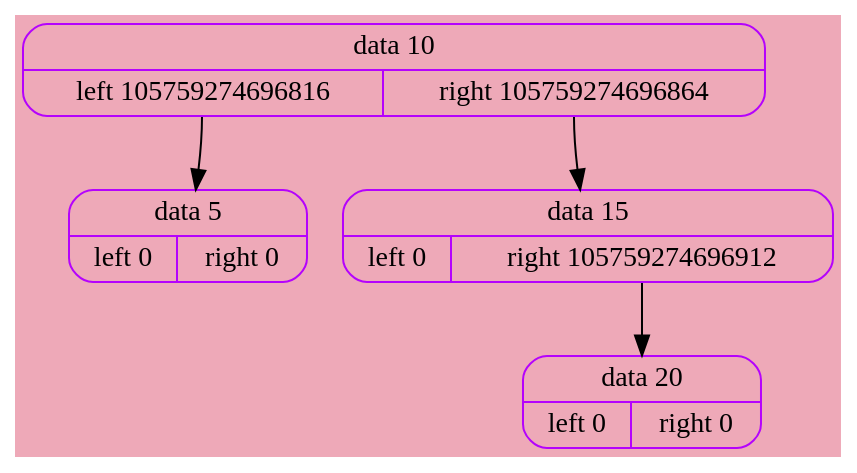
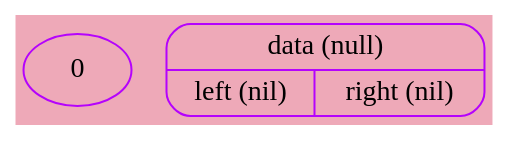
Before and after one commit to h1gro/akinator: the diagram in Dump.dot, drawn with Graphviz. The commit also changed 10 other files, not shown here.

```diff
--- a/Dump.dot
+++ b/Dump.dot
@@ -1,15 +1,9 @@
 digraph G
 {
     rankdir = TB;
     bgcolor = "pink2"
     node[color = "#b503fc", fontsize = 14];
     edge[color = black, fontsize = 12];
 
-    40 [shape = Mrecord, label = "{ data   10 | { <f0> left 105759274696816 | <f1> right 105759274696864}}"];
-    40 : <f0> -> 70
-    70 [shape = Mrecord, label = "{ data    5 | { <f0> left    0 | <f1> right    0}}"];
-    40 : <f1> -> a0
-    a0 [shape = Mrecord, label = "{ data   15 | { <f0> left    0 | <f1> right 105759274696912}}"];
-    a0 : <f1> -> d0
-    d0 [shape = Mrecord, label = "{ data   20 | { <f0> left    0 | <f1> right    0}}"];
+    0x603000000040 [shape = Mrecord, label = "{ data (null) | { <f0> left (nil) | <f1> right (nil)}}"];
 }
```
